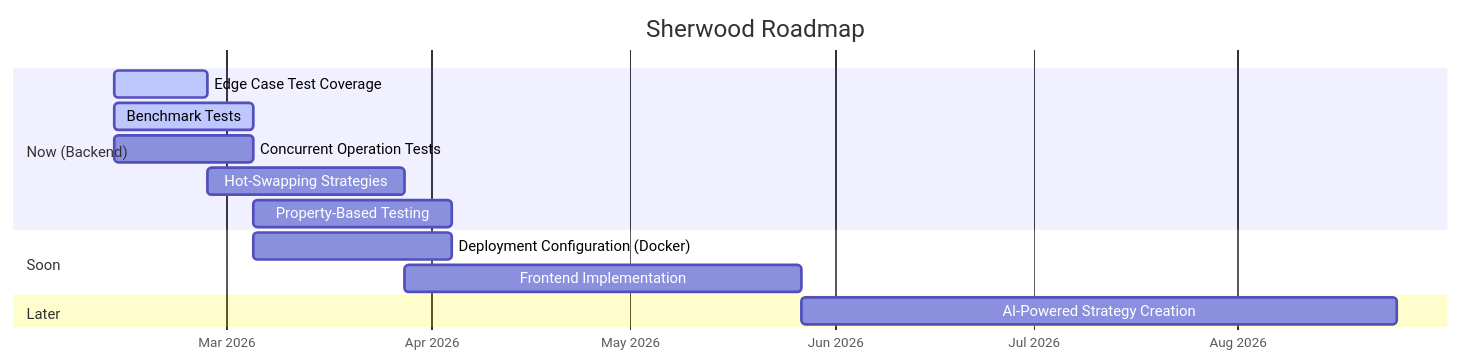
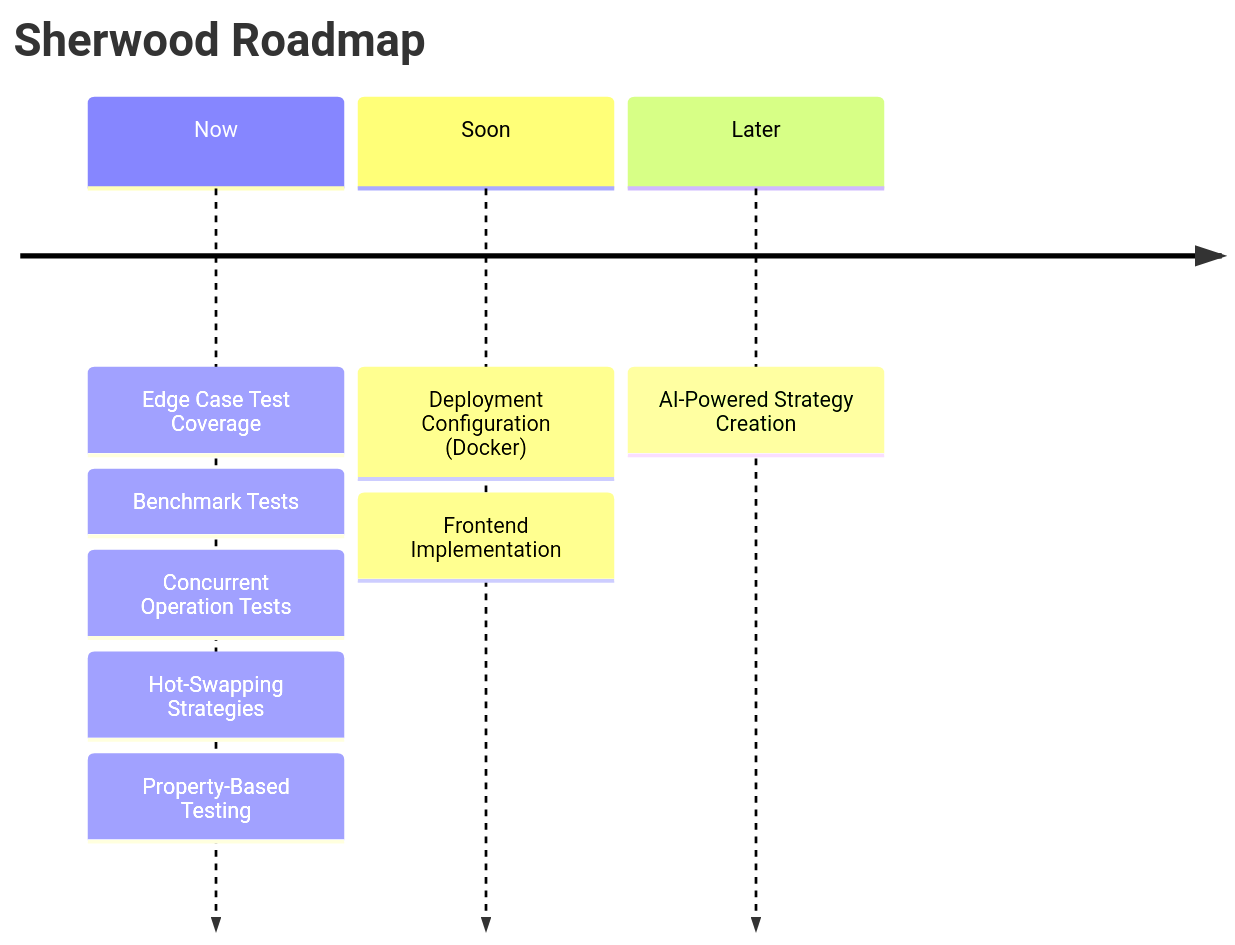
Before and after one commit to alexherrero/sherwood: the diagram in wiki/Roadmap.md, drawn with Mermaid.

Commit message:
Update roadmap mermaid diagram

````diff
--- a/wiki/Roadmap.md
+++ b/wiki/Roadmap.md
@@ -11,20 +11,12 @@
 ```mermaid
-gantt
+    timeline
     title Sherwood Roadmap
-    dateFormat YYYY-MM-DD
-    axisFormat %b %Y
-
-    section Now (Backend)
-    Edge Case Test Coverage           :active, now1, 2026-02-12, 14d
-    Benchmark Tests                   :active, now2, 2026-02-12, 21d
-    Concurrent Operation Tests        :now3, 2026-02-12, 21d
-    Hot-Swapping Strategies           :now4, after now1, 30d
-    Property-Based Testing            :now5, after now2, 30d
-
-    section Soon
-    Deployment Configuration (Docker) :soon1, after now3, 30d
-    Frontend Implementation           :soon2, after now4, 60d
-
-    section Later
-    AI-Powered Strategy Creation      :later1, after soon2, 90d
+        Now   : Edge Case Test Coverage
+              : Benchmark Tests
+              : Concurrent Operation Tests
+              : Hot-Swapping Strategies
+              : Property-Based Testing
+        Soon  : Deployment Configuration (Docker)
+              : Frontend Implementation
+        Later : AI-Powered Strategy Creation
 ```
````
